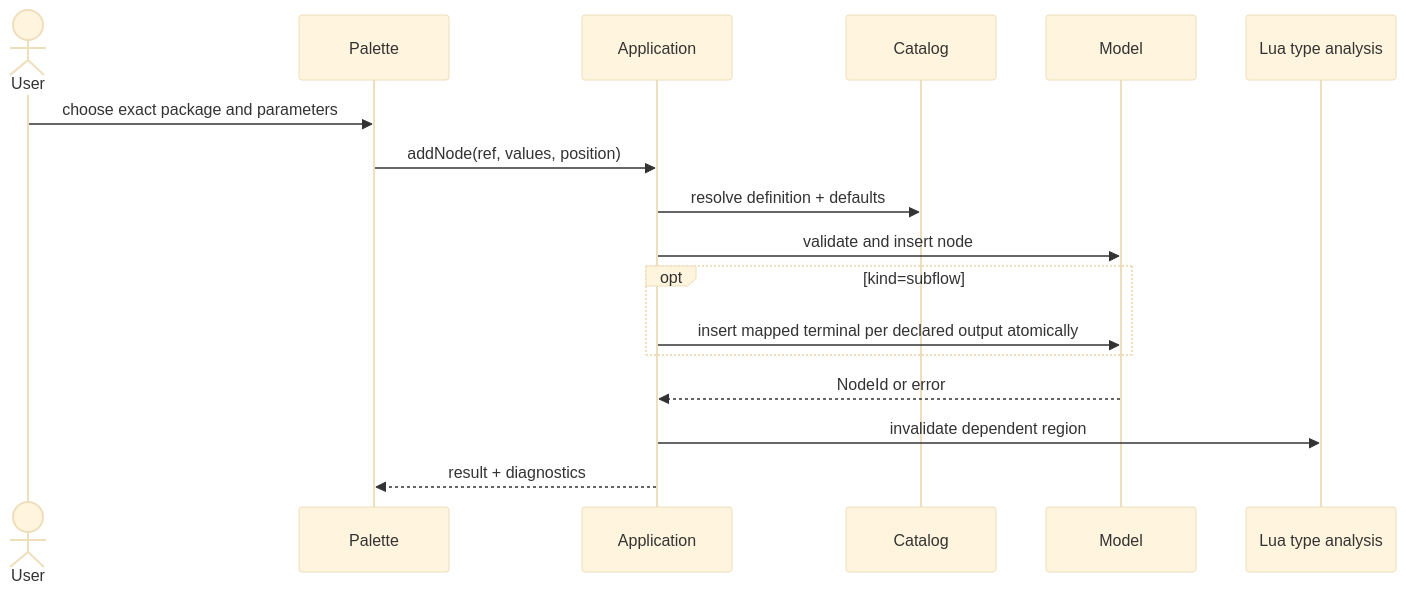
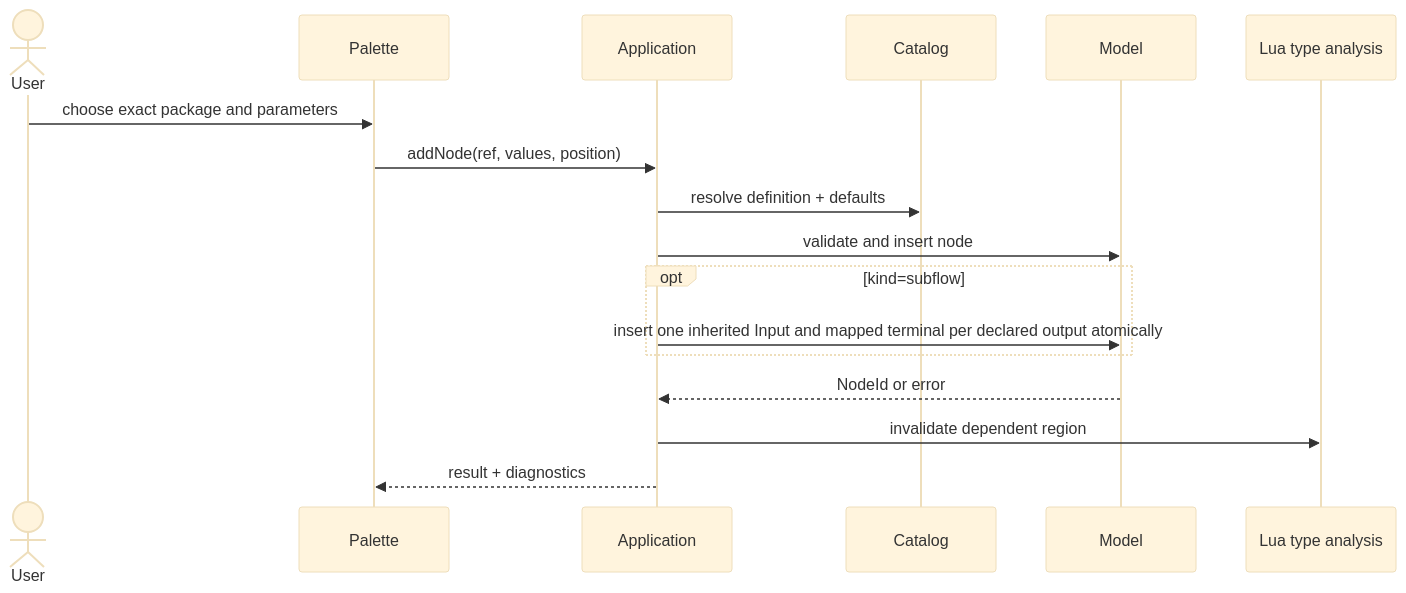
One commit to LucaSforza/nnmodelling-ui changed the second of 12 diagrams in docs/knowledge/uml/sequences.md. Above: the diagram before and after it, drawn with Mermaid (base theme). The commit also changed 4 other files, not shown here.

````diff
--- a/docs/knowledge/uml/sequences.md
+++ b/docs/knowledge/uml/sequences.md
@@ -31,19 +31,19 @@
 ```mermaid
 sequenceDiagram
     actor User
     participant Palette
     participant App as Application
     participant Catalog
     participant Model
     participant Types as Lua type analysis
     User->>Palette: choose exact package and parameters
     Palette->>App: addNode(ref, values, position)
     App->>Catalog: resolve definition + defaults
     App->>Model: validate and insert node
     opt kind=subflow
-      App->>Model: insert mapped terminal per declared output atomically
+      App->>Model: insert one inherited Input and mapped terminal per declared output atomically
     end
     Model-->>App: NodeId or error
     App->>Types: invalidate dependent region
     App-->>Palette: result + diagnostics
 ```
````
